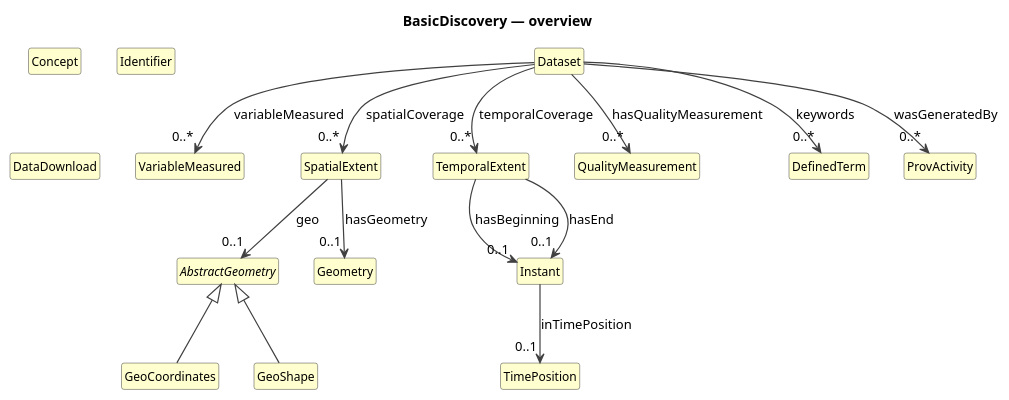
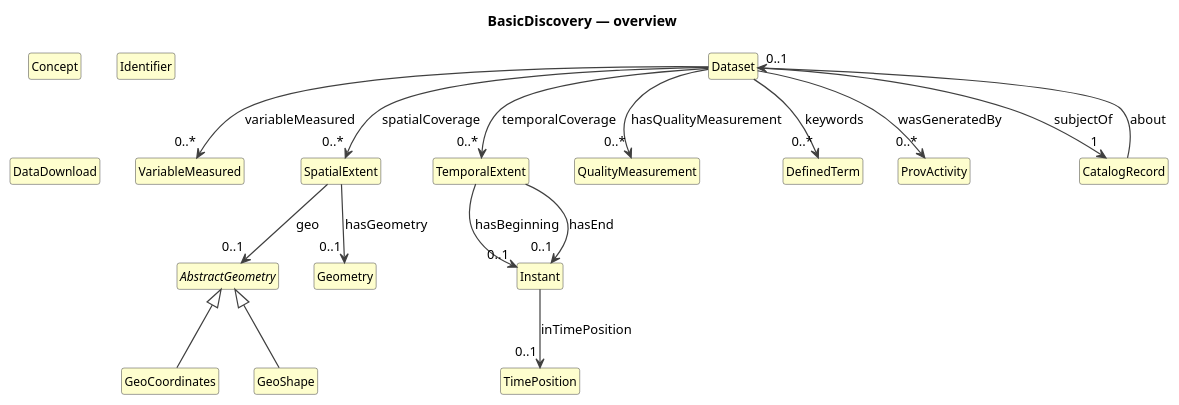
The diagram in cdif-uml-model/BasicDiscovery/index.local.pu (Cross-Domain-Interoperability-Framework/metadataBuildingBlocks), drawn with PlantUML before and after one commit. The commit also changed 156 other files, not shown here.

First line of the commit message:
cdif-uml-model: regenerated CDIFCodelist (schema-aligned attributes)

```diff
--- a/cdif-uml-model/BasicDiscovery/index.local.pu
+++ b/cdif-uml-model/BasicDiscovery/index.local.pu
@@ -1,43 +1,46 @@
 @startuml
 title BasicDiscovery — overview
 hide circle
 hide empty members
 skinparam shadowing false
 skinparam ArrowThickness 1.2
 skinparam class {
   ArrowColor #404040
   BorderColor #404040
   FontSize 12
 }
 
 class "Dataset" as Dataset #FEFECE
 class "VariableMeasured" as VariableMeasured #FEFECE
 class "SpatialExtent" as SpatialExtent #FEFECE
 abstract class "AbstractGeometry" as AbstractGeometry #FEFECE
 class "GeoCoordinates" as GeoCoordinates #FEFECE
 class "GeoShape" as GeoShape #FEFECE
 class "TemporalExtent" as TemporalExtent #FEFECE
 class "Instant" as Instant #FEFECE
 class "TimePosition" as TimePosition #FEFECE
 class "Geometry" as Geometry #FEFECE
 class "QualityMeasurement" as QualityMeasurement #FEFECE
 class "Concept" as Concept #FEFECE
 class "Identifier" as Identifier #FEFECE
 class "DefinedTerm" as DefinedTerm #FEFECE
 class "DataDownload" as DataDownload #FEFECE
 class "ProvActivity" as ProvActivity #FEFECE
+class "CatalogRecord" as CatalogRecord #FEFECE
 AbstractGeometry <|-- GeoCoordinates
 AbstractGeometry <|-- GeoShape
 Dataset --> "0..*" VariableMeasured : variableMeasured
 Dataset --> "0..*" SpatialExtent : spatialCoverage
 Dataset --> "0..*" TemporalExtent : temporalCoverage
 Dataset --> "0..*" QualityMeasurement : hasQualityMeasurement
 Dataset --> "0..*" ProvActivity : wasGeneratedBy
+Dataset --> "1" CatalogRecord : subjectOf
 Dataset --> "0..*" DefinedTerm : keywords
 SpatialExtent --> "0..1" AbstractGeometry : geo
 SpatialExtent --> "0..1" Geometry : hasGeometry
 TemporalExtent --> "0..1" Instant : hasBeginning
 TemporalExtent --> "0..1" Instant : hasEnd
 Instant --> "0..1" TimePosition : inTimePosition
+CatalogRecord --> "0..1" Dataset : about
 
 @enduml
```
